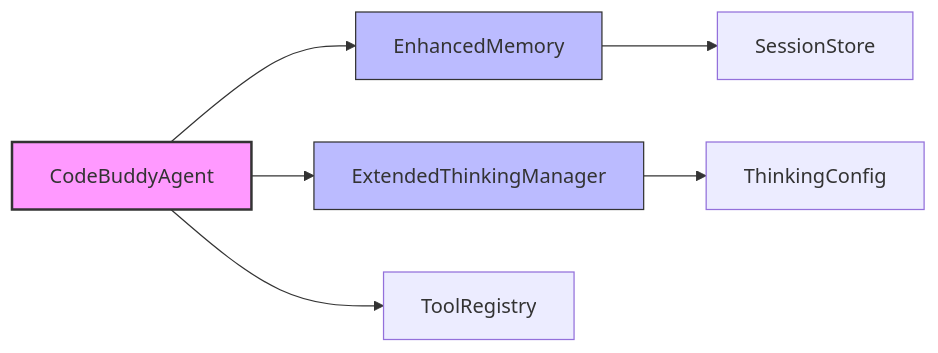
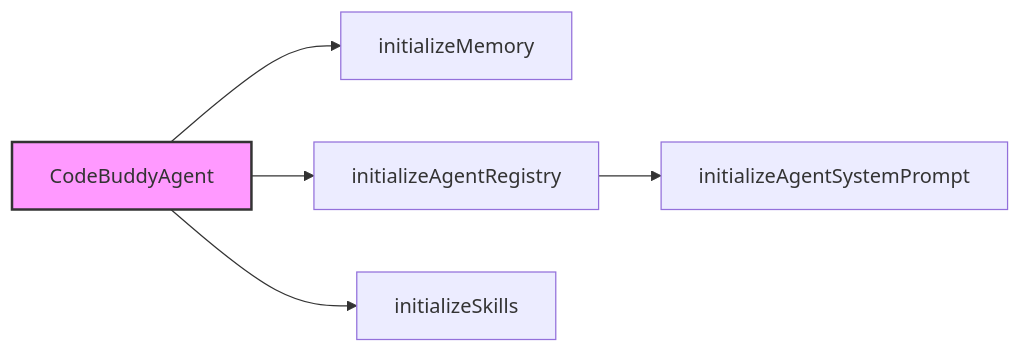
Before and after one commit to Zeeeepa/code-buddy: the diagram in .codebuddy/docs/3a-core-agent-system-cli-and-slash-commands.md, drawn with Mermaid. The commit also changed other lines of this file and 29 other files, not shown here.

````diff
--- a/.codebuddy/docs/3a-core-agent-system-cli-and-slash-commands.md
+++ b/.codebuddy/docs/3a-core-agent-system-cli-and-slash-commands.md
@@ -25,12 +11,8 @@
 ```mermaid
 graph LR
-    Agent[CodeBuddyAgent] --> Memory[EnhancedMemory]
-    Agent --> Thinking[ExtendedThinkingManager]
-    Agent --> Tools[ToolRegistry]
-    Memory --> Session[SessionStore]
-    Thinking --> Config[ThinkingConfig]
-    
-    style Agent fill:#f9f,stroke:#333,stroke-width:2px
-    style Memory fill:#bbf,stroke:#333
-    style Thinking fill:#bbf,stroke:#333
+    A[CodeBuddyAgent] --> B[initializeMemory]
+    A --> C[initializeAgentRegistry]
+    A --> D[initializeSkills]
+    C --> E[initializeAgentSystemPrompt]
+    style A fill:#f9f,stroke:#333,stroke-width:2px
 ```
````
